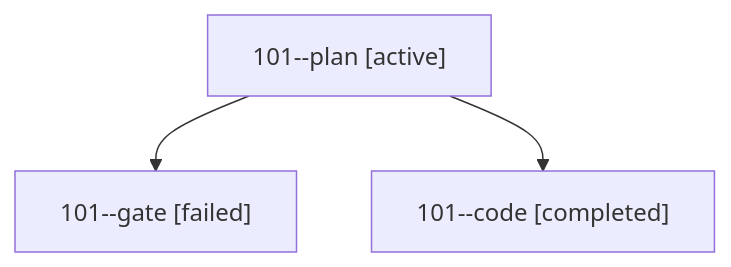
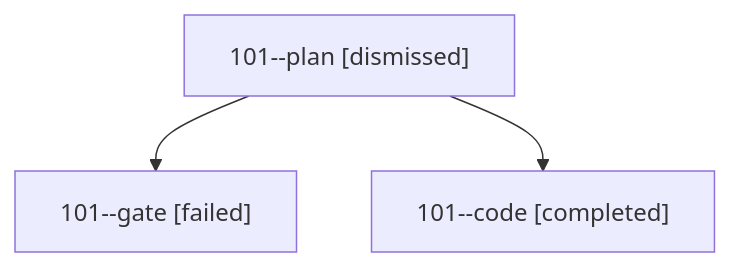
One commit to bobs-org/bob-cli--agents changed the diagram in sessions/bbugyi200.athena.101.md. Above: the diagram before and after it, drawn with Mermaid. The commit also changed other lines of this file and 5 other files, not shown here.

````diff
--- a/sessions/bbugyi200.athena.101.md
+++ b/sessions/bbugyi200.athena.101.md
@@ -9,8 +9,8 @@
 ```mermaid
 flowchart TD
-  n0["101--plan [active]"]
+  n0["101--plan [dismissed]"]
   n1["101--gate [failed]"]
   n0 --> n1
   n2["101--code [completed]"]
   n0 --> n2
 ```
````
